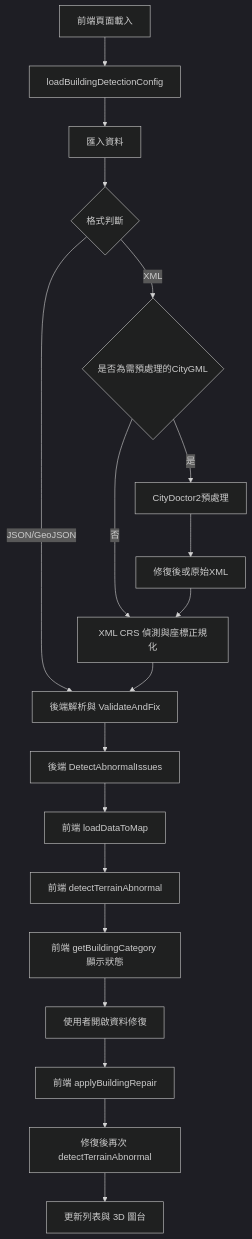
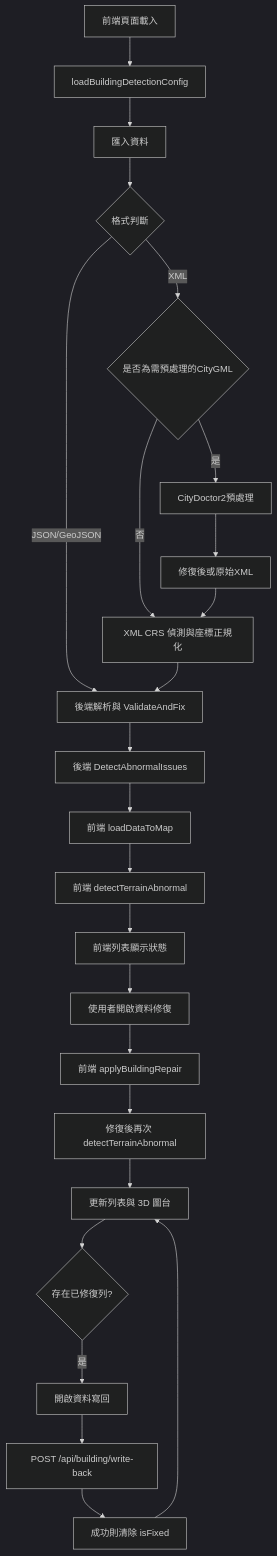
Before and after one commit to JerryShiao/Demo_3dDatasCheck_VueTsAspNetCore10: the first of 2 diagrams in docs/data-status-and-repair.md, drawn with Mermaid (dark theme). The commit also changed other lines of this file, not shown here.

````diff
--- a/docs/data-status-and-repair.md
+++ b/docs/data-status-and-repair.md
@@ -192,21 +202,26 @@
 ```mermaid
 flowchart TD
     appStart[前端頁面載入] --> loadConfig[loadBuildingDetectionConfig]
     loadConfig --> importData[匯入資料]
     importData --> importRoute{格式判斷}
     importRoute -->|JSON/GeoJSON| backendParse[後端解析與 ValidateAndFix]
     importRoute -->|XML| xmlPreprocess{是否為需預處理的CityGML}
     xmlPreprocess -->|否| xmlCrs[XML CRS 偵測與座標正規化]
     xmlPreprocess -->|是| cityDoctor[CityDoctor2預處理]
     cityDoctor --> repairedXml[修復後或原始XML]
     repairedXml --> xmlCrs
     xmlCrs --> backendParse
     backendParse --> backendDetect[後端 DetectAbnormalIssues]
     backendDetect --> clientLoad[前端 loadDataToMap]
     clientLoad --> terrainDetect[前端 detectTerrainAbnormal]
-    terrainDetect --> uiCategory[前端 getBuildingCategory 顯示狀態]
+    terrainDetect --> uiCategory[前端列表顯示狀態]
     uiCategory --> repairDialog[使用者開啟資料修復]
     repairDialog --> applyRepair[前端 applyBuildingRepair]
     applyRepair --> terrainRecheck[修復後再次 detectTerrainAbnormal]
     terrainRecheck --> rerender[更新列表與 3D 圖台]
+    rerender --> writeBackBtn{存在已修復列?}
+    writeBackBtn -->|是| writeBackDialog[開啟資料寫回]
+    writeBackDialog --> writeBackApi[POST /api/building/write-back]
+    writeBackApi --> clearFixed[成功則清除 isFixed]
+    clearFixed --> rerender
 ```
````
